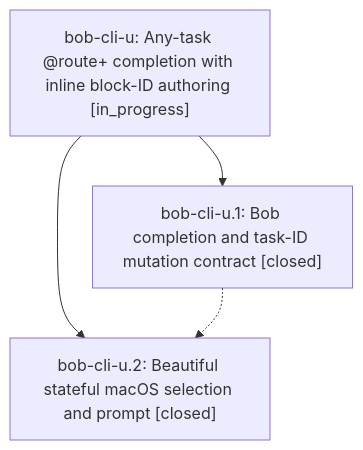
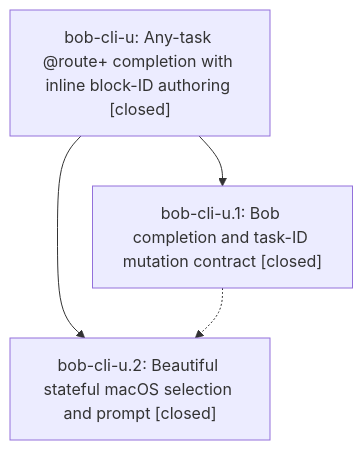
The diagram in pages/bob-cli-u/README.md (bobs-org/bob-cli--beads), drawn with Mermaid before and after one commit. The commit also changed other lines of this file, not shown here.

First line of the commit message:
chore(beads): sync bead state and pages for bob-cli-u

````diff
--- a/pages/bob-cli-u/README.md
+++ b/pages/bob-cli-u/README.md
@@ -23,9 +27,9 @@
 ```mermaid
 flowchart TD
-    n0["bob-cli-u: Any-task @route+ completion with inline block-ID authoring [in_progress]"]
+    n0["bob-cli-u: Any-task @route+ completion with inline block-ID authoring [closed]"]
     n1["bob-cli-u.1: Bob completion and task-ID mutation contract [closed]"]
     n2["bob-cli-u.2: Beautiful stateful macOS selection and prompt [closed]"]
     n0 --> n1
     n0 --> n2
     n1 -.-> n2
 ```
````
